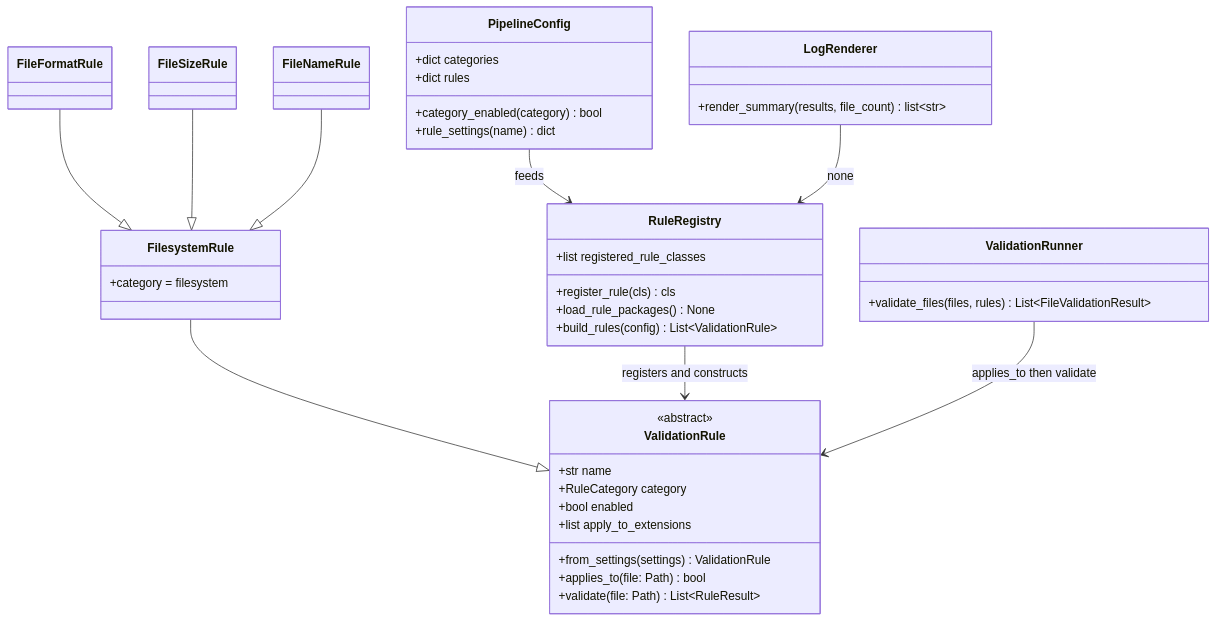
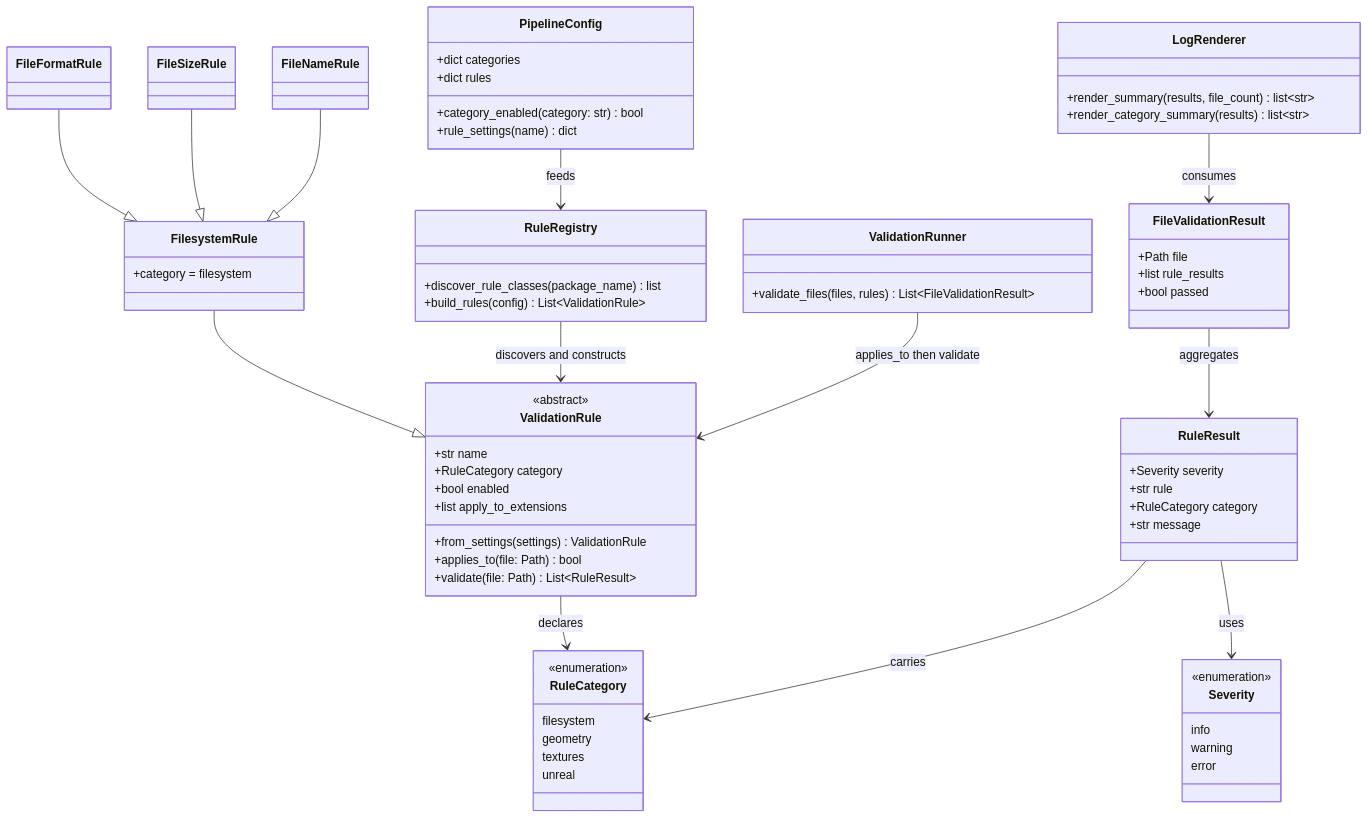
One commit to iavina/usd-unreal-pipeline changed the diagram in spdd/prompt/GGQPA-XXX-202607102141-[Feat]-framework-stretch-enhancements.md. Above: the diagram before and after it, drawn with Mermaid. The commit also changed other lines of this file and 56 other files, not shown here.

First line of the commit message:
Add dual-host Unreal validation with a pruned package layout.

````diff
--- a/spdd/prompt/GGQPA-XXX-202607102141-[Feat]-framework-stretch-enhancements.md
+++ b/spdd/prompt/GGQPA-XXX-202607102141-[Feat]-framework-stretch-enhancements.md
@@ -13,8 +13,30 @@
 class PipelineConfig {
     +dict categories
     +dict rules
-    +category_enabled(category) bool
+    +category_enabled(category: str) bool
     +rule_settings(name) dict
+}
+
+class RuleCategory {
+    <<enumeration>>
+    filesystem
+    geometry
+    textures
+    unreal
+}
+
+class Severity {
+    <<enumeration>>
+    info
+    warning
+    error
+}
+
+class RuleResult {
+    +Severity severity
+    +str rule
+    +RuleCategory category
+    +str message
 }
 
 class ValidationRule {
@@ -37,10 +59,14 @@
 class FileNameRule
 
 class RuleRegistry {
-    +register_rule(cls) cls
-    +list registered_rule_classes
-    +load_rule_packages() None
+    +discover_rule_classes(package_name) list
     +build_rules(config) List~ValidationRule~
+}
+
+class FileValidationResult {
+    +Path file
+    +list rule_results
+    +bool passed
 }
 
 class ValidationRunner {
@@ -49,14 +75,19 @@
 
 class LogRenderer {
     +render_summary(results, file_count) list~str~
+    +render_category_summary(results) list~str~
 }
 
 FilesystemRule --|> ValidationRule
 FileFormatRule --|> FilesystemRule
 FileSizeRule --|> FilesystemRule
 FileNameRule --|> FilesystemRule
-RuleRegistry --> ValidationRule : registers and constructs
+ValidationRule --> RuleCategory : declares
+RuleResult --> RuleCategory : carries
+RuleResult --> Severity : uses
+FileValidationResult --> RuleResult : aggregates
+RuleRegistry --> ValidationRule : discovers and constructs
 ValidationRunner --> ValidationRule : applies_to then validate
 PipelineConfig --> RuleRegistry : feeds
-LogRenderer --> RuleRegistry : none
+LogRenderer --> FileValidationResult : consumes
 ```
````
